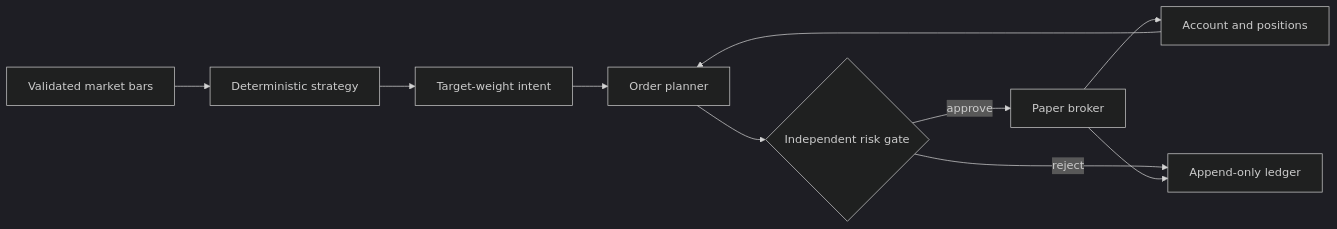
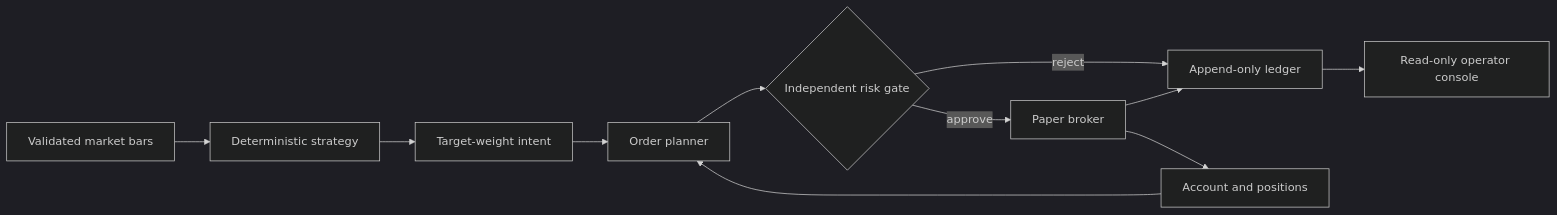
One commit to MichaelAbateTSU/TradeAgent changed the diagram in docs/ARCHITECTURE.md. Above: the diagram before and after it, drawn with Mermaid (dark theme). The commit also changed other lines of this file and 5 other files, not shown here.

````diff
--- a/docs/ARCHITECTURE.md
+++ b/docs/ARCHITECTURE.md
@@ -6,12 +6,13 @@
 ```mermaid
 flowchart LR
     D[Validated market bars] --> S[Deterministic strategy]
     S --> I[Target-weight intent]
     I --> P[Order planner]
     P --> R{Independent risk gate}
     R -->|approve| B[Paper broker]
     R -->|reject| L[Append-only ledger]
     B --> A[Account and positions]
     B --> L
     A --> P
+    L --> C[Read-only operator console]
 ```
````
